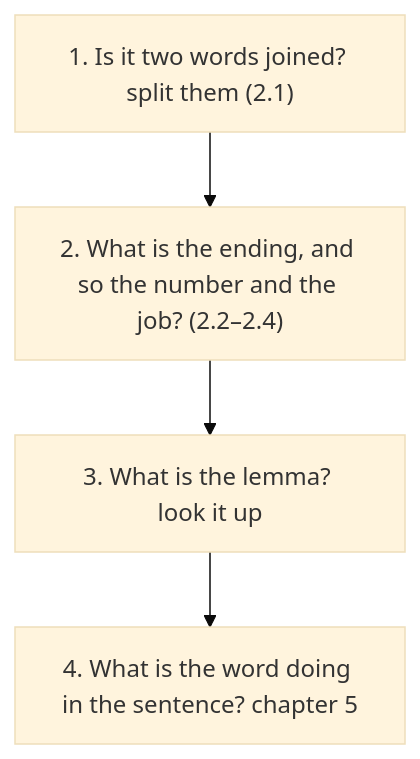
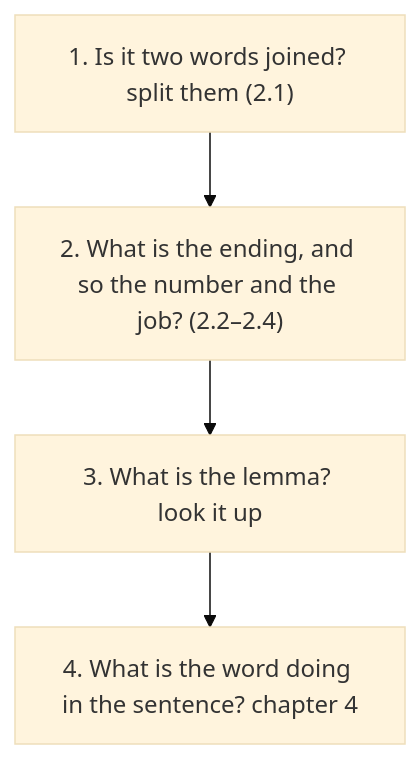
The second of 2 diagrams in src/content/docs/Pali Textbook/2-0-nama.md (ChristineTham/buddhavacana), drawn with Mermaid (base theme) before and after one commit. The commit also changed other lines of this file and 28 other files, not shown here.

````diff
--- a/src/content/docs/Pali Textbook/2-0-nama.md
+++ b/src/content/docs/Pali Textbook/2-0-nama.md
@@ -37,6 +37,6 @@
 ```mermaid
 flowchart TD
   S1["1. Is it two words joined? split them (2.1)"] --> S2["2. What is the ending, and so the number and the job? (2.2–2.4)"]
   S2 --> S3["3. What is the lemma? look it up"]
-  S3 --> S4["4. What is the word doing in the sentence? chapter 5"]
+  S3 --> S4["4. What is the word doing in the sentence? chapter 4"]
 ```
````
